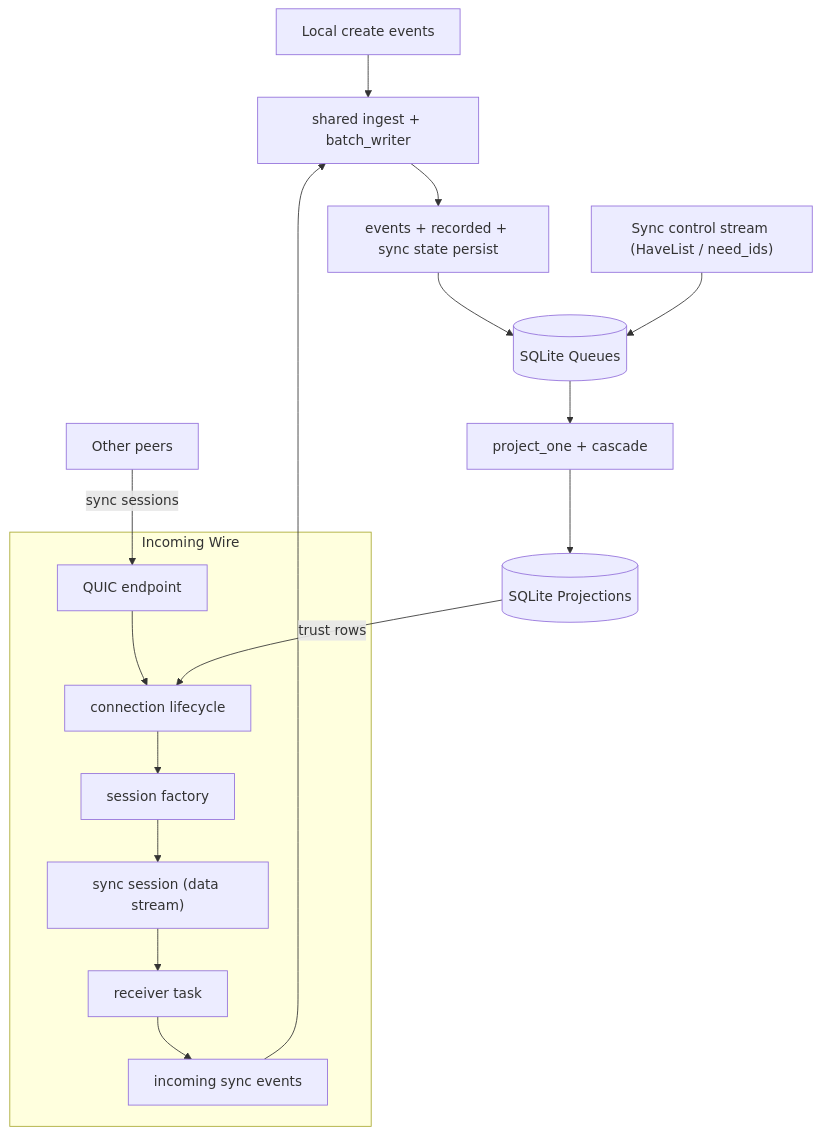
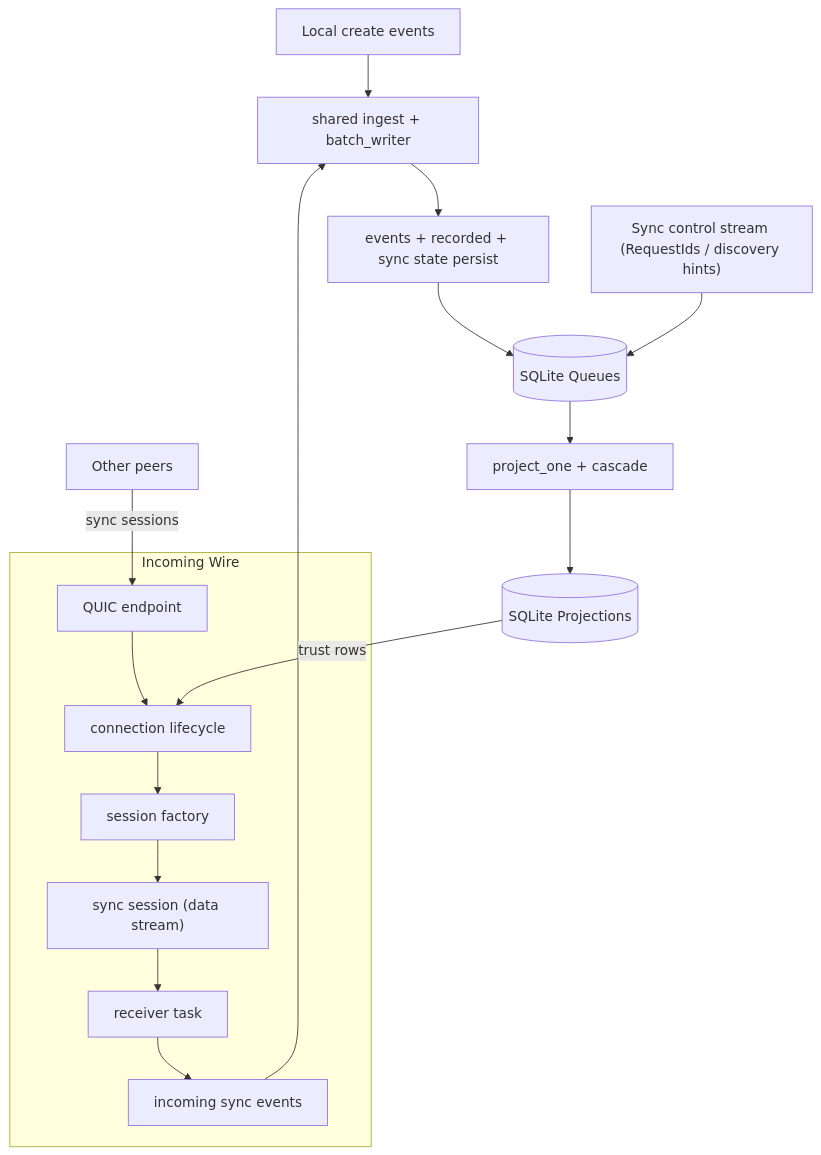
The second of 8 diagrams in docs/DESIGN_DIAGRAMS.md (holmesworcester/topo), drawn with Mermaid before and after one commit. The commit also changed other lines of this file and 40 other files, not shown here.

First line of the commit message:
Fix bootstrap sync stall: initiator now observes need_ids from negentropy

````diff
--- a/docs/DESIGN_DIAGRAMS.md
+++ b/docs/DESIGN_DIAGRAMS.md
@@ -41,22 +41,22 @@
 ```mermaid
 flowchart TD
     LOCAL["Local create events"] --> INGEST["shared ingest + batch_writer"]
     OTHERS["Other peers"] -->|"sync sessions"| EP
 
     subgraph NET["Incoming Wire"]
       EP["QUIC endpoint"] --> LIFE["connection lifecycle"]
       LIFE --> FACT["session factory"]
       FACT --> SESS["sync session (data stream)"]
       SESS --> RECV["receiver task"]
       RECV --> INCOMING["incoming sync events"]
     end
 
     INCOMING --> INGEST
     INGEST --> STORE["events + recorded + sync state persist"]
     STORE --> QDB[("SQLite Queues")]
     QDB --> APPLY["project_one + cascade"]
     APPLY --> PDB[("SQLite Projections")]
 
-    CTRL["Sync control stream (HaveList / need_ids)"] --> QDB
+    CTRL["Sync control stream (RequestIds / discovery hints)"] --> QDB
     PDB -->|trust rows| LIFE
 ```
````
